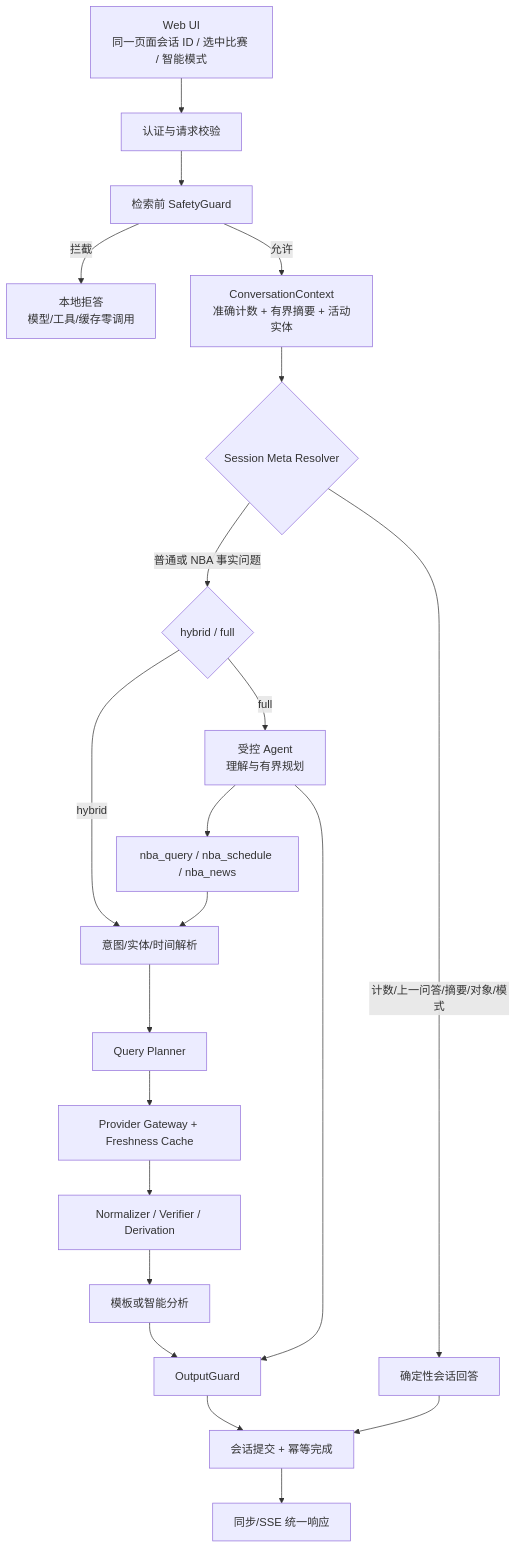
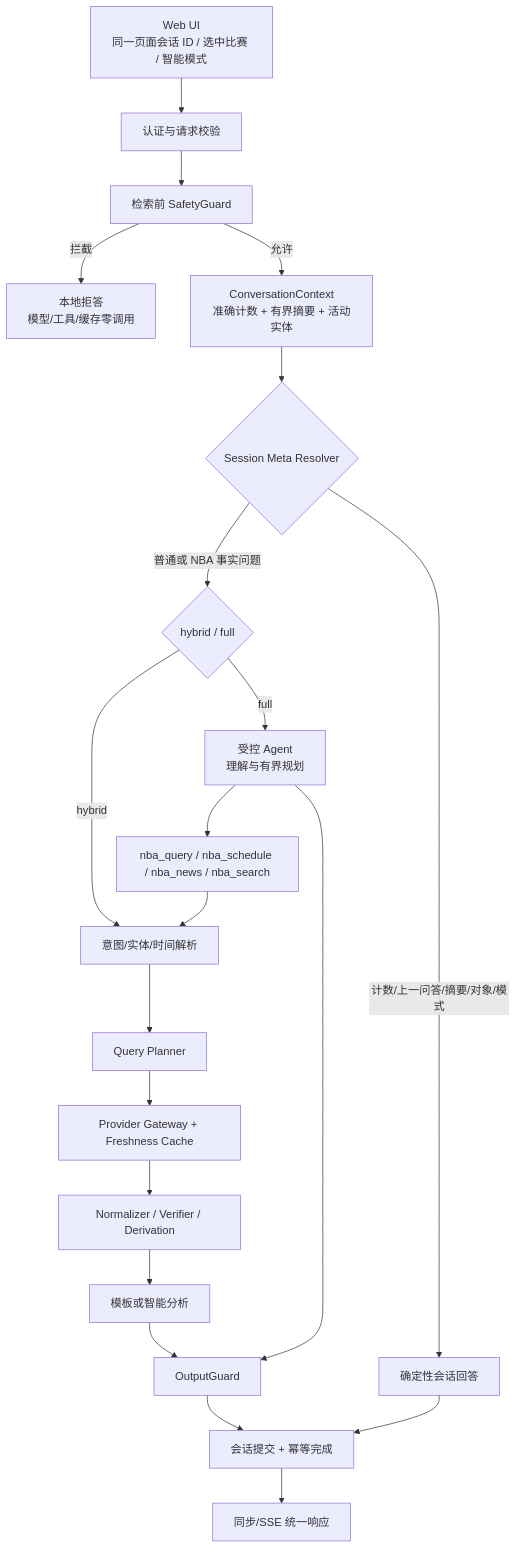
One commit to vchive/NBAAgent changed the diagram in docs/architecture-audit.md. Above: the diagram before and after it, drawn with Mermaid. The commit also changed other lines of this file and 135 other files, not shown here.

Commit message:
chore: checkpoint agent before flower rebrand

````diff
--- a/docs/architecture-audit.md
+++ b/docs/architecture-audit.md
@@ -9,23 +9,23 @@
 ```mermaid
 flowchart TD
     UI[Web UI\n同一页面会话 ID / 选中比赛 / 智能模式] --> AUTH[认证与请求校验]
     AUTH --> SAFE[检索前 SafetyGuard]
     SAFE -->|拦截| REFUSE[本地拒答\n模型/工具/缓存零调用]
     SAFE -->|允许| CTX[ConversationContext\n准确计数 + 有界摘要 + 活动实体]
     CTX --> META{Session Meta Resolver}
     META -->|计数/上一问答/摘要/对象/模式| LOCAL[确定性会话回答]
     META -->|普通或 NBA 事实问题| MODE{hybrid / full}
     MODE -->|hybrid| PARSER[意图/实体/时间解析]
     MODE -->|full| AGENT[受控 Agent\n理解与有界规划]
-    AGENT --> TOOLS[nba_query / nba_schedule / nba_news]
+    AGENT --> TOOLS[nba_query / nba_schedule / nba_news / nba_search]
     TOOLS --> PARSER
     PARSER --> PLAN[Query Planner]
     PLAN --> GATEWAY[Provider Gateway + Freshness Cache]
     GATEWAY --> VERIFY[Normalizer / Verifier / Derivation]
     VERIFY --> COMPOSE[模板或智能分析]
     COMPOSE --> OUTPUT[OutputGuard]
     AGENT --> OUTPUT
     OUTPUT --> COMMIT[会话提交 + 幂等完成]
     LOCAL --> COMMIT
     COMMIT --> ENVELOPE[同步/SSE 统一响应]
 ```
````
